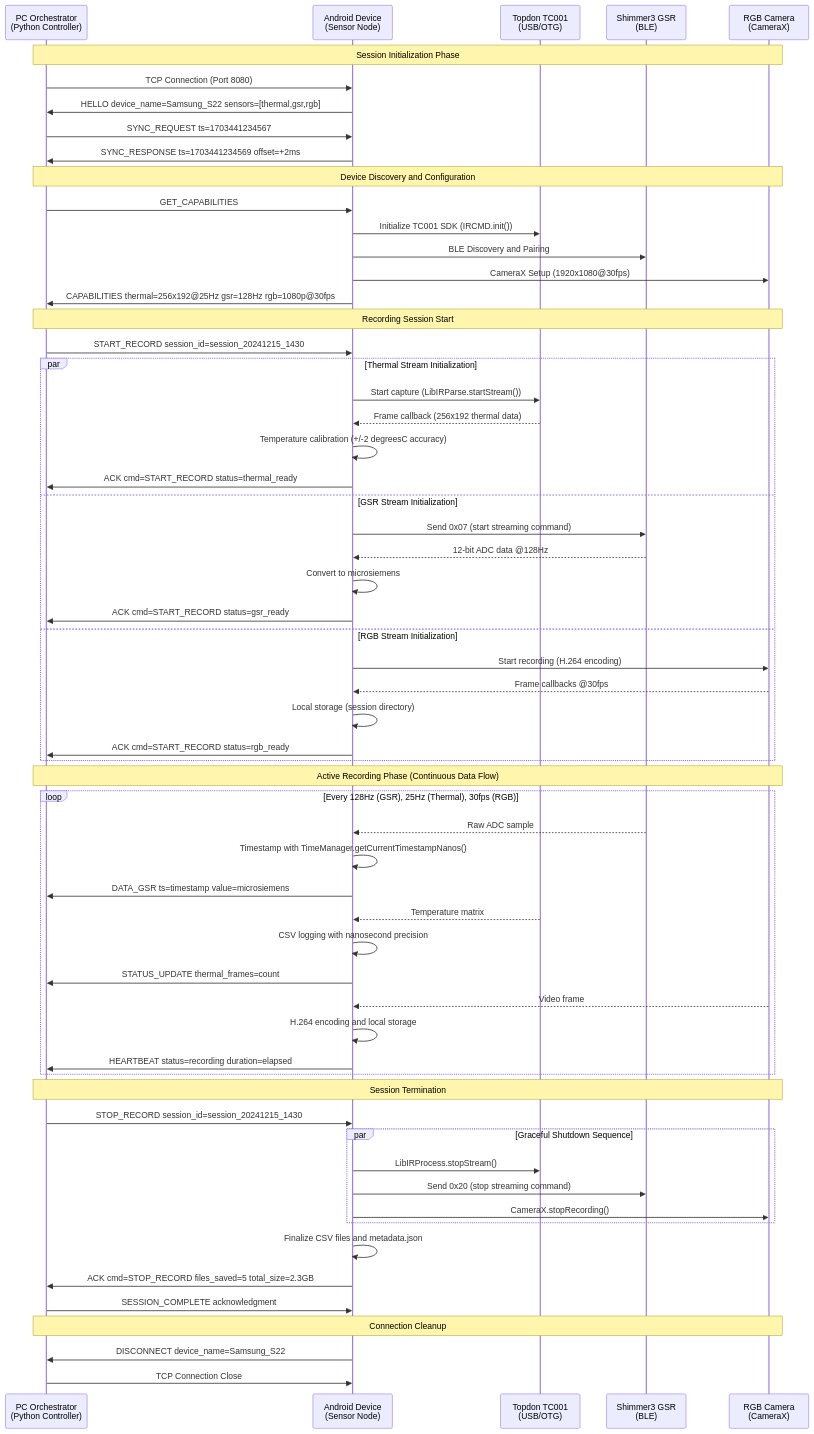
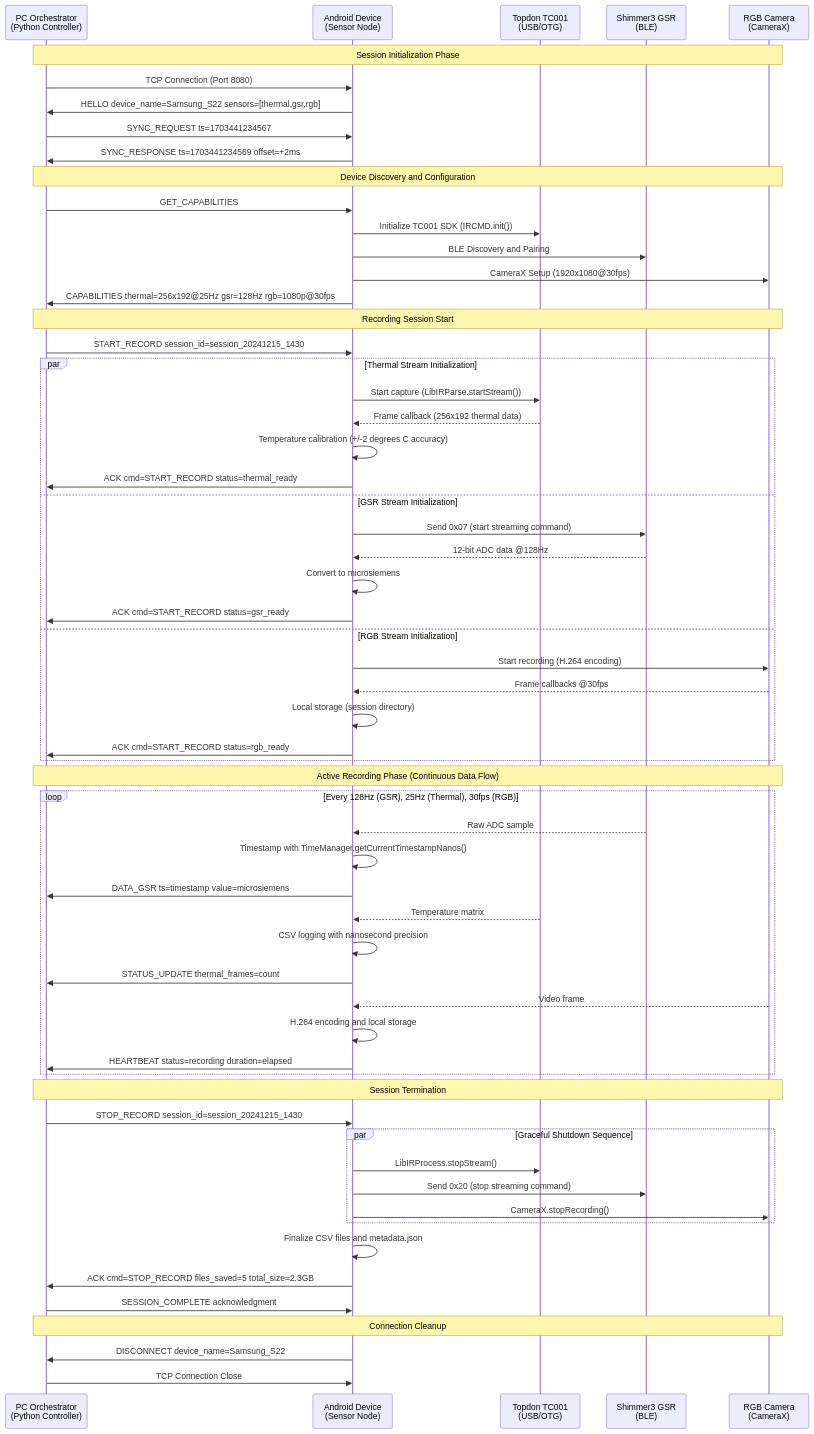
The diagram in docs/thesis-diagrams/session-sequence-diagram.md (uclgsr/IRCamera), drawn with Mermaid before and after one commit.

````diff
--- a/docs/thesis-diagrams/session-sequence-diagram.md
+++ b/docs/thesis-diagrams/session-sequence-diagram.md
@@ -5,73 +5,73 @@
 ```mermaid
 sequenceDiagram
     participant PC as PC Orchestrator<br/>(Python Controller)
     participant Android as Android Device<br/>(Sensor Node)
     participant Thermal as Topdon TC001<br/>(USB/OTG)
     participant GSR as Shimmer3 GSR<br/>(BLE)
     participant Camera as RGB Camera<br/>(CameraX)
 
     Note over PC, Camera: Session Initialization Phase
     PC->>Android: TCP Connection (Port 8080)
     Android->>PC: HELLO device_name=Samsung_S22 sensors=[thermal,gsr,rgb]
     PC->>Android: SYNC_REQUEST ts=1703441234567
     Android->>PC: SYNC_RESPONSE ts=1703441234569 offset=+2ms
     
     Note over PC, Camera: Device Discovery and Configuration
     PC->>Android: GET_CAPABILITIES
     Android->>Thermal: Initialize TC001 SDK (IRCMD.init())
     Android->>GSR: BLE Discovery and Pairing
     Android->>Camera: CameraX Setup (1920x1080@30fps)
     Android->>PC: CAPABILITIES thermal=256x192@25Hz gsr=128Hz rgb=1080p@30fps
 
     Note over PC, Camera: Recording Session Start
     PC->>Android: START_RECORD session_id=session_20241215_1430
     
     par Thermal Stream Initialization
         Android->>Thermal: Start capture (LibIRParse.startStream())
         Thermal-->>Android: Frame callback (256x192 thermal data)
-        Android->>Android: Temperature calibration (+/-2 degreesC accuracy)
+        Android->>Android: Temperature calibration (+/-2 degrees C accuracy)
         Android->>PC: ACK cmd=START_RECORD status=thermal_ready
     and GSR Stream Initialization  
         Android->>GSR: Send 0x07 (start streaming command)
         GSR-->>Android: 12-bit ADC data @128Hz
         Android->>Android: Convert to microsiemens
         Android->>PC: ACK cmd=START_RECORD status=gsr_ready
     and RGB Stream Initialization
         Android->>Camera: Start recording (H.264 encoding)
         Camera-->>Android: Frame callbacks @30fps
         Android->>Android: Local storage (session directory)
         Android->>PC: ACK cmd=START_RECORD status=rgb_ready
     end
 
     Note over PC, Camera: Active Recording Phase (Continuous Data Flow)
     loop Every 128Hz (GSR), 25Hz (Thermal), 30fps (RGB)
         GSR-->>Android: Raw ADC sample
         Android->>Android: Timestamp with TimeManager.getCurrentTimestampNanos()
         Android->>PC: DATA_GSR ts=timestamp value=microsiemens
         
         Thermal-->>Android: Temperature matrix
         Android->>Android: CSV logging with nanosecond precision
         Android->>PC: STATUS_UPDATE thermal_frames=count
         
         Camera-->>Android: Video frame
         Android->>Android: H.264 encoding and local storage
         Android->>PC: HEARTBEAT status=recording duration=elapsed
     end
 
     Note over PC, Camera: Session Termination
     PC->>Android: STOP_RECORD session_id=session_20241215_1430
     
     par Graceful Shutdown Sequence
         Android->>Thermal: LibIRProcess.stopStream()
         Android->>GSR: Send 0x20 (stop streaming command)  
         Android->>Camera: CameraX.stopRecording()
     end
     
     Android->>Android: Finalize CSV files and metadata.json
     Android->>PC: ACK cmd=STOP_RECORD files_saved=5 total_size=2.3GB
     PC->>Android: SESSION_COMPLETE acknowledgment
     
     Note over PC, Camera: Connection Cleanup
     Android->>PC: DISCONNECT device_name=Samsung_S22
     PC->>Android: TCP Connection Close
 ```
````
